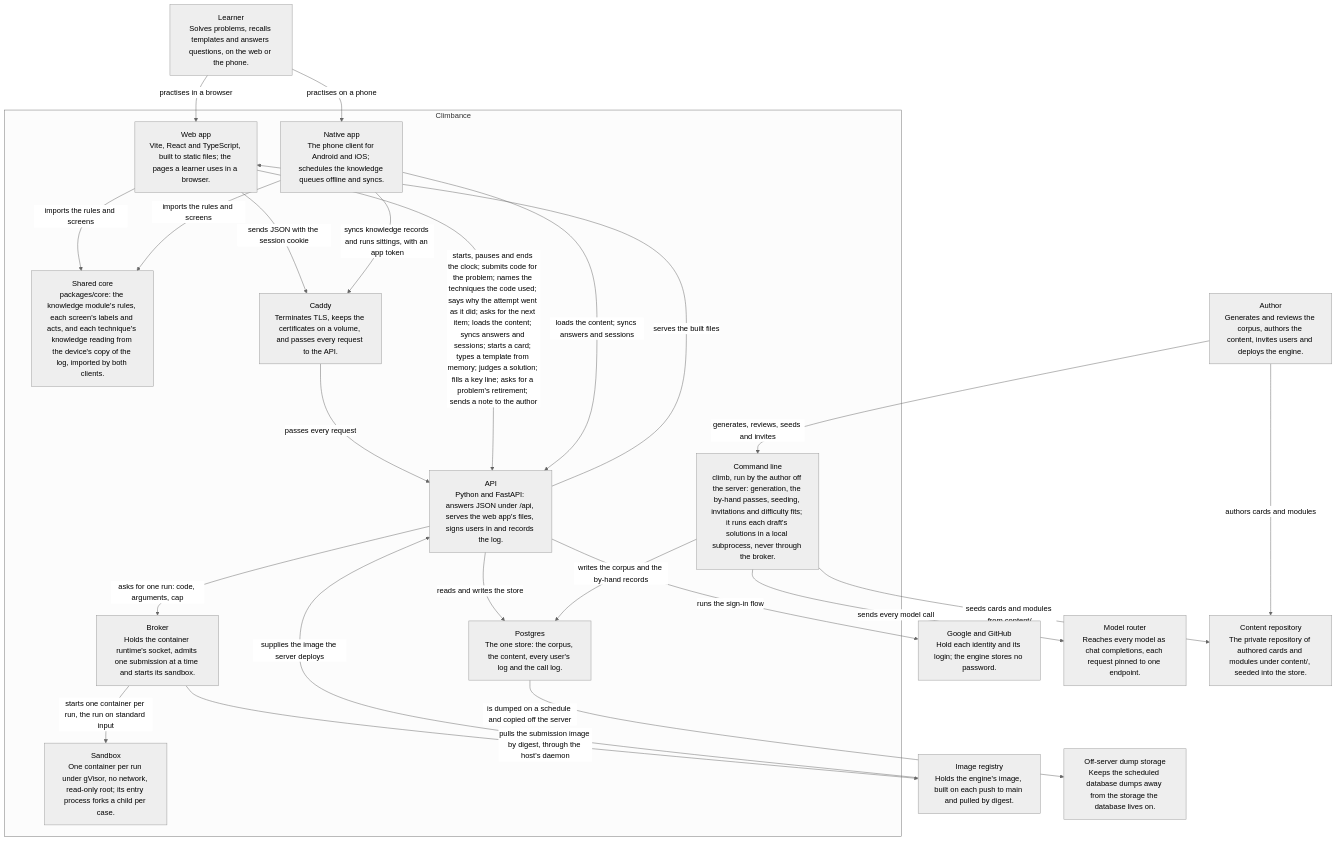
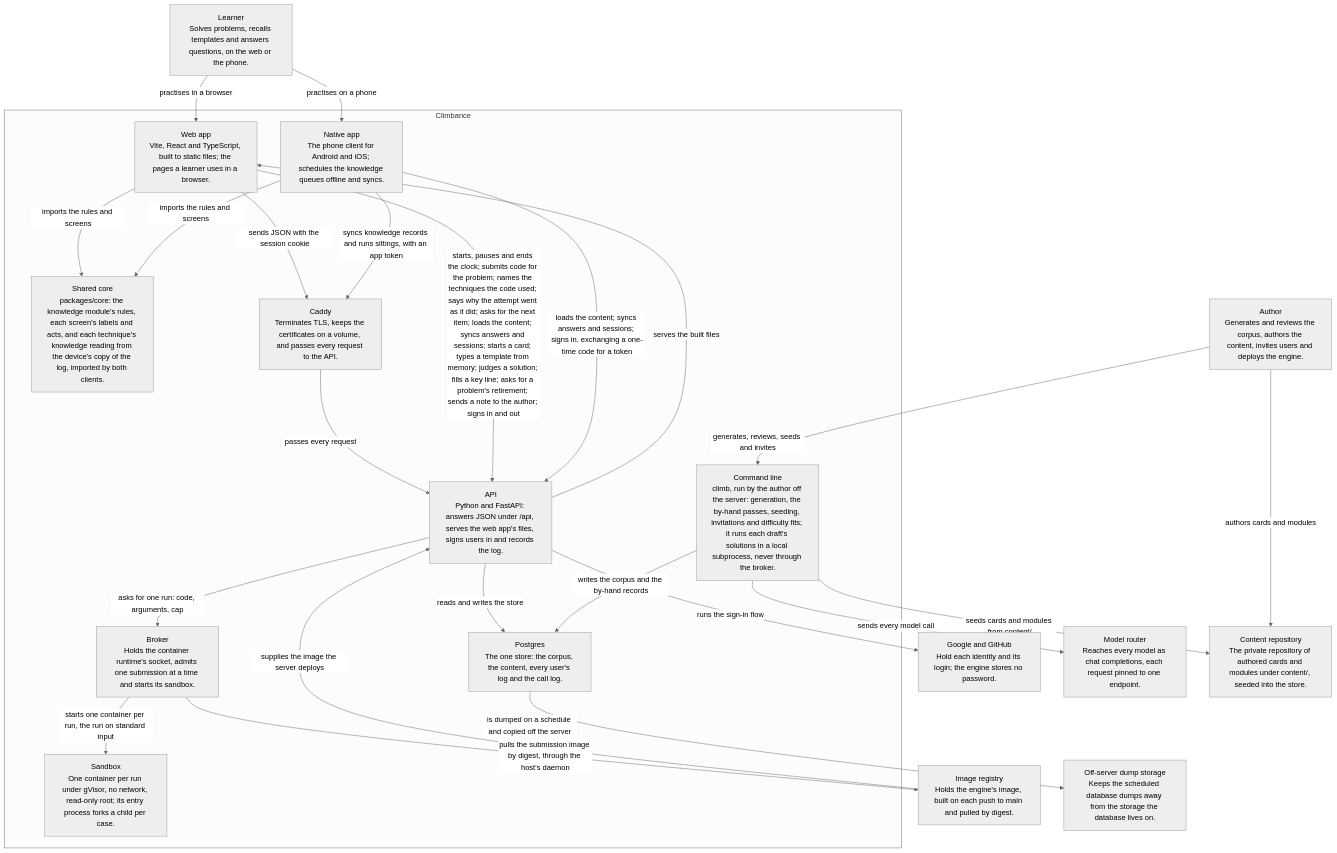
The second of 4 diagrams in docs/architecture/README.md (climbance/climbance), drawn with Mermaid (neutral theme) before and after one commit. The commit also changed other lines of this file and 152 other files, not shown here.

First line of the commit message:
docs(architecture): split the README by element

````diff
--- a/docs/architecture/README.md
+++ b/docs/architecture/README.md
@@ -35,43 +35,43 @@
 ```mermaid
 flowchart TB
     learner["Learner<br/>Solves problems, recalls templates and answers questions, on the web or the phone."]
     author["Author<br/>Generates and reviews the corpus, authors the content, invites users and deploys the engine."]
     identity_providers["Google and GitHub<br/>Hold each identity and its login; the engine stores no password."]
     model_router["Model router<br/>Reaches every model as chat completions, each request pinned to one endpoint."]
     content_repo["Content repository<br/>The private repository of authored cards and modules under content/, seeded into the store."]
     image_registry["Image registry<br/>Holds the engine's image, built on each push to main and pulled by digest."]
     offsite_dumps["Off-server dump storage<br/>Keeps the scheduled database dumps away from the storage the database lives on."]
     subgraph engine["Climbance"]
         web_app["Web app<br/>Vite, React and TypeScript, built to static files; the pages a learner uses in a browser."]
         native_app["Native app<br/>The phone client for Android and iOS; schedules the knowledge queues offline and syncs."]
         core_package["Shared core<br/>packages/core: the knowledge module's rules, each screen's labels and acts, and each technique's knowledge reading from the device's copy of the log, imported by both clients."]
         proxy["Caddy<br/>Terminates TLS, keeps the certificates on a volume, and passes every request to the API."]
         api["API<br/>Python and FastAPI: answers JSON under /api, serves the web app's files, signs users in and records the log."]
         broker["Broker<br/>Holds the container runtime's socket, admits one submission at a time and starts its sandbox."]
         sandbox["Sandbox<br/>One container per run under gVisor, no network, read-only root; its entry process forks a child per case."]
         database["Postgres<br/>The one store: the corpus, the content, every user's log and the call log."]
         cli["Command line<br/>climb, run by the author off the server: generation, the by-hand passes, seeding, invitations and difficulty fits; it runs each draft's solutions in a local subprocess, never through the broker."]
     end
     learner -->|"practises in a browser"| web_app
     learner -->|"practises on a phone"| native_app
     author -->|"generates, reviews, seeds and invites"| cli
     author -->|"authors cards and modules"| content_repo
     web_app -->|"imports the rules and screens"| core_package
     native_app -->|"imports the rules and screens"| core_package
     web_app -->|"sends JSON with the session cookie"| proxy
     native_app -->|"syncs knowledge records and runs sittings, with an app token"| proxy
     proxy -->|"passes every request"| api
     api -->|"serves the built files"| web_app
     api -->|"runs the sign-in flow"| identity_providers
     api -->|"reads and writes the store"| database
     api -->|"asks for one run: code, arguments, cap"| broker
     broker -->|"starts one container per run, the run on standard input"| sandbox
     broker -->|"pulls the submission image by digest, through the host's daemon"| image_registry
     cli -->|"sends every model call"| model_router
     cli -->|"writes the corpus and the by-hand records"| database
     cli -->|"seeds cards and modules from content/"| content_repo
     image_registry -->|"supplies the image the server deploys"| api
     database -->|"is dumped on a schedule and copied off the server"| offsite_dumps
-    web_app -->|"starts, pauses and ends the clock; submits code for the problem; names the techniques the code used; says why the attempt went as it did; asks for the next item; loads the content; syncs answers and sessions; starts a card; types a template from memory; judges a solution; fills a key line; asks for a problem's retirement; sends a note to the author"| api
-    native_app -->|"loads the content; syncs answers and sessions"| api
+    web_app -->|"starts, pauses and ends the clock; submits code for the problem; names the techniques the code used; says why the attempt went as it did; asks for the next item; loads the content; syncs answers and sessions; starts a card; types a template from memory; judges a solution; fills a key line; asks for a problem's retirement; sends a note to the author; signs in and out"| api
+    native_app -->|"loads the content; syncs answers and sessions; signs in, exchanging a one-time code for a token"| api
 ```
````
